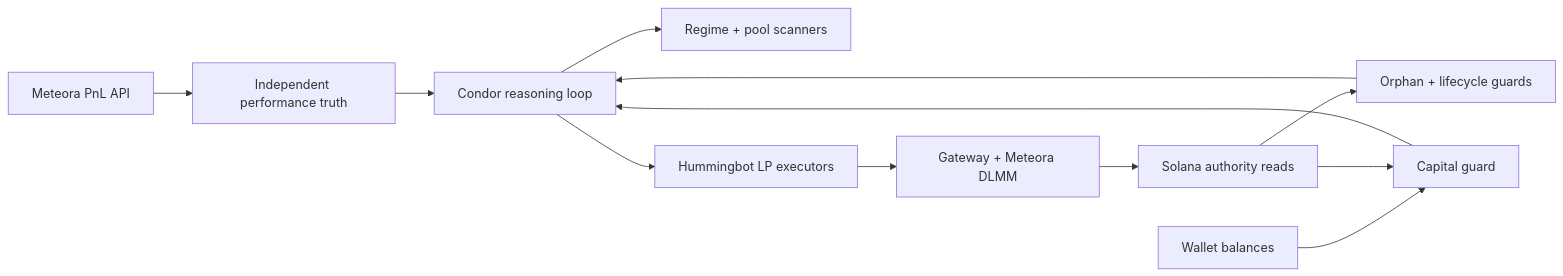
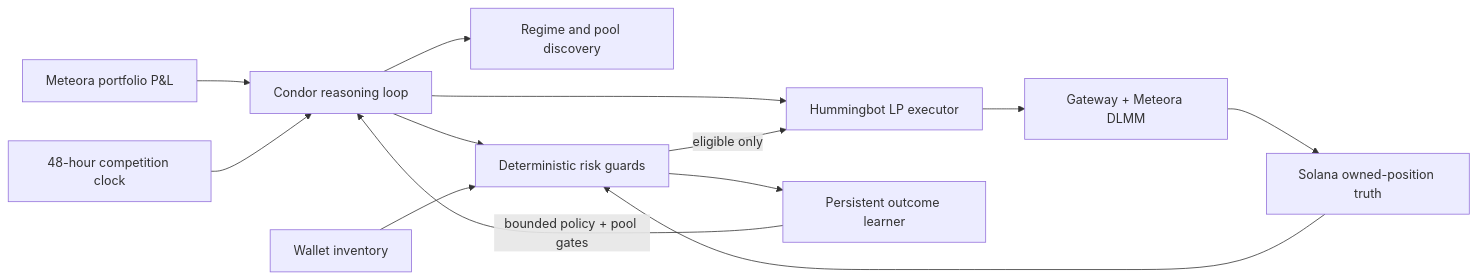
Before and after one commit to cryptoclassdev/condor: the diagram in hackathon/submission.md, drawn with Mermaid. The commit also changed other lines of this file and 60 other files, not shown here.

````diff
--- a/hackathon/submission.md
+++ b/hackathon/submission.md
@@ -58,14 +123,15 @@
 ```mermaid
 flowchart LR
-  A["Condor reasoning loop"] --> B["Regime + pool scanners"]
-  A --> C["Hummingbot LP executors"]
-  C --> D["Gateway + Meteora DLMM"]
-  D --> E["Solana authority reads"]
-  E --> F["Orphan + lifecycle guards"]
-  G["Wallet balances"] --> H["Capital guard"]
-  E --> H
-  I["Meteora PnL API"] --> J["Independent performance truth"]
-  F --> A
-  H --> A
-  J --> A
+  A["Condor reasoning loop"] --> B["Regime and pool discovery"]
+  A --> C["Deterministic risk guards"]
+  A --> D["Hummingbot LP executor"]
+  D --> E["Gateway + Meteora DLMM"]
+  E --> F["Solana owned-position truth"]
+  F --> C
+  G["Wallet inventory"] --> C
+  H["Meteora portfolio P&L"] --> A
+  C --> I["Persistent outcome learner"]
+  I -->|"bounded policy + pool gates"| A
+  J["48-hour competition clock"] --> A
+  C -->|"eligible only"| D
 ```
````
